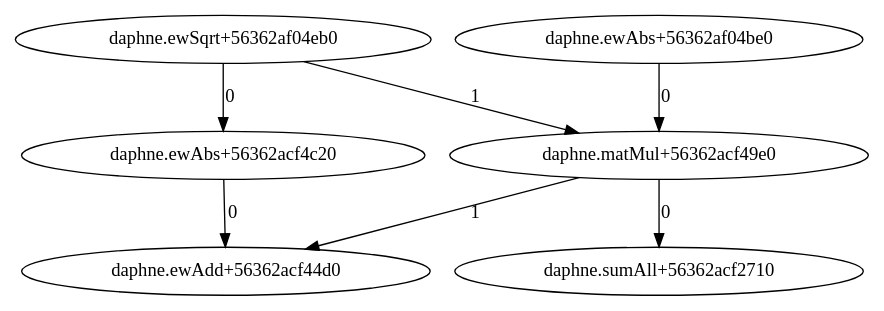
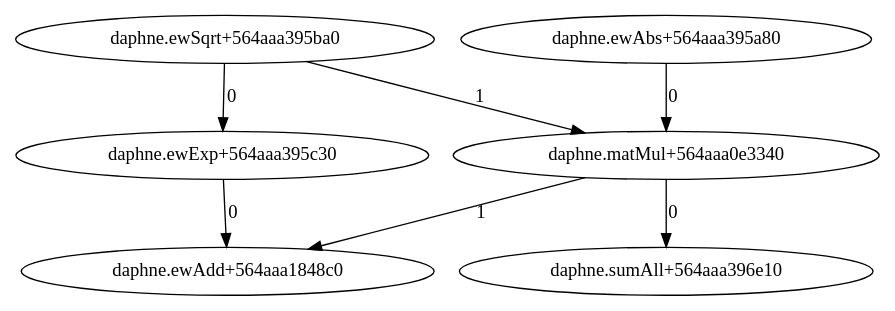
Before and after one commit to sweetpellegrino/daphne: the diagram in graph.dot, drawn with Graphviz. The commit also changed 7 other files, not shown here.

```diff
--- a/graph.dot
+++ b/graph.dot
@@ -1,8 +1,8 @@
 digraph G {
-"daphne.matMul+56362acf49e0" -> "daphne.sumAll+56362acf2710" [label="0"];
-"daphne.ewAbs+56362af04be0" -> "daphne.matMul+56362acf49e0" [label="0"];
-"daphne.ewSqrt+56362af04eb0" -> "daphne.matMul+56362acf49e0" [label="1"];
-"daphne.ewAbs+56362acf4c20" -> "daphne.ewAdd+56362acf44d0" [label="0"];
-"daphne.matMul+56362acf49e0" -> "daphne.ewAdd+56362acf44d0" [label="1"];
-"daphne.ewSqrt+56362af04eb0" -> "daphne.ewAbs+56362acf4c20" [label="0"];
+"daphne.matMul+564aaa0e3340" -> "daphne.sumAll+564aaa396e10" [label="0"];
+"daphne.ewAbs+564aaa395a80" -> "daphne.matMul+564aaa0e3340" [label="0"];
+"daphne.ewSqrt+564aaa395ba0" -> "daphne.matMul+564aaa0e3340" [label="1"];
+"daphne.ewExp+564aaa395c30" -> "daphne.ewAdd+564aaa1848c0" [label="0"];
+"daphne.matMul+564aaa0e3340" -> "daphne.ewAdd+564aaa1848c0" [label="1"];
+"daphne.ewSqrt+564aaa395ba0" -> "daphne.ewExp+564aaa395c30" [label="0"];
 }
```
